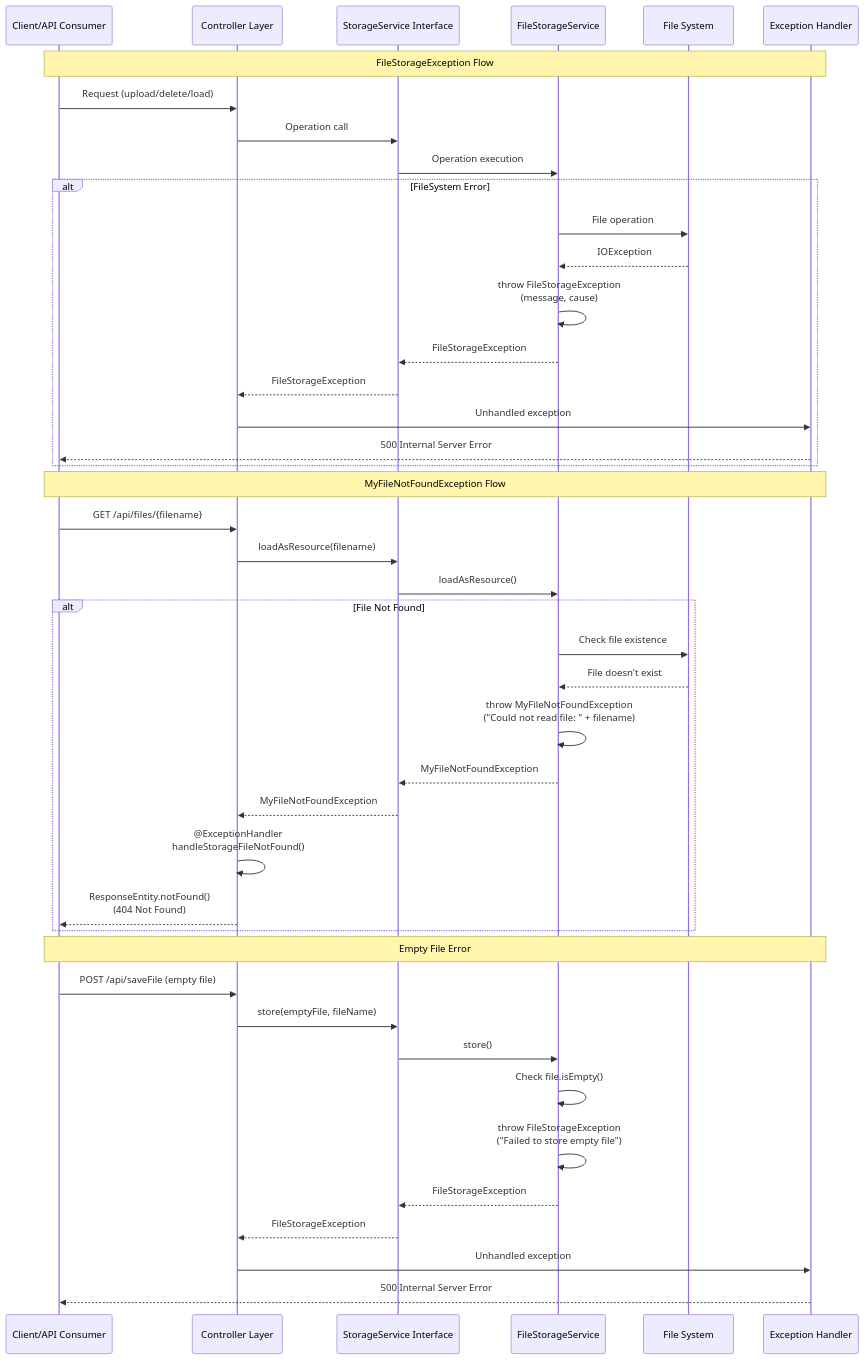
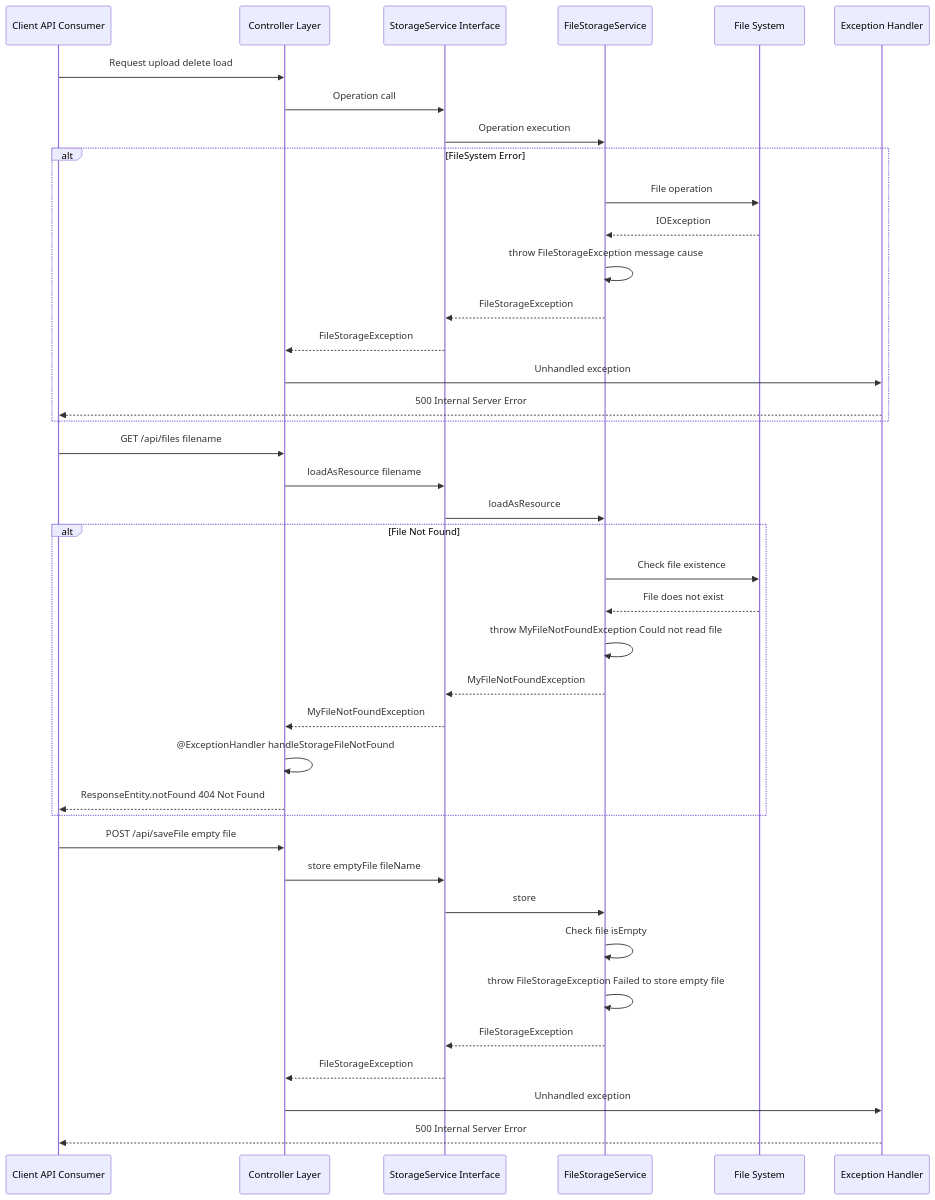
Before and after one commit to sarthak-kanungo/MyProjectITLDIS: the seventh of 7 diagrams in KUBOTA/KUBOTA-BACKENED/STORAGE_MODULE_SEQUENCE_DIAGRAMS.md, drawn with Mermaid. The commit also changed other lines of this file and 41 other files, not shown here.

First line of the commit message:
Refactor sequence diagrams and improve Mermaid syntax handling

````diff
--- a/KUBOTA/KUBOTA-BACKENED/STORAGE_MODULE_SEQUENCE_DIAGRAMS.md
+++ b/KUBOTA/KUBOTA-BACKENED/STORAGE_MODULE_SEQUENCE_DIAGRAMS.md
@@ -322,50 +318,47 @@
 ```mermaid
 sequenceDiagram
-    participant Client as Client/API Consumer
+    participant Client as Client API Consumer
     participant Controller as Controller Layer
     participant StorageService as StorageService Interface
     participant FileStorageService as FileStorageService
     participant FileSystem as File System
     participant ExceptionHandler as Exception Handler
 
-    Note over Client,ExceptionHandler: FileStorageException Flow
-    Client->>Controller: Request (upload/delete/load)
+    Client->>Controller: Request upload delete load
     Controller->>StorageService: Operation call
     StorageService->>FileStorageService: Operation execution
     
     alt FileSystem Error
         FileStorageService->>FileSystem: File operation
         FileSystem-->>FileStorageService: IOException
-        FileStorageService->>FileStorageService: throw FileStorageException<br/>(message, cause)
+        FileStorageService->>FileStorageService: throw FileStorageException message cause
         FileStorageService-->>StorageService: FileStorageException
         StorageService-->>Controller: FileStorageException
         Controller->>ExceptionHandler: Unhandled exception
         ExceptionHandler-->>Client: 500 Internal Server Error
     end
     
-    Note over Client,ExceptionHandler: MyFileNotFoundException Flow
-    Client->>Controller: GET /api/files/{filename}
-    Controller->>StorageService: loadAsResource(filename)
-    StorageService->>FileStorageService: loadAsResource()
+    Client->>Controller: GET /api/files filename
+    Controller->>StorageService: loadAsResource filename
+    StorageService->>FileStorageService: loadAsResource
     
     alt File Not Found
         FileStorageService->>FileSystem: Check file existence
-        FileSystem-->>FileStorageService: File doesn't exist
-        FileStorageService->>FileStorageService: throw MyFileNotFoundException<br/>("Could not read file: " + filename)
+        FileSystem-->>FileStorageService: File does not exist
+        FileStorageService->>FileStorageService: throw MyFileNotFoundException Could not read file
         FileStorageService-->>StorageService: MyFileNotFoundException
         StorageService-->>Controller: MyFileNotFoundException
-        Controller->>Controller: @ExceptionHandler<br/>handleStorageFileNotFound()
-        Controller-->>Client: ResponseEntity.notFound()<br/>(404 Not Found)
+        Controller->>Controller: @ExceptionHandler handleStorageFileNotFound
+        Controller-->>Client: ResponseEntity.notFound 404 Not Found
     end
     
-    Note over Client,ExceptionHandler: Empty File Error
-    Client->>Controller: POST /api/saveFile (empty file)
-    Controller->>StorageService: store(emptyFile, fileName)
-    StorageService->>FileStorageService: store()
-    FileStorageService->>FileStorageService: Check file.isEmpty()
-    FileStorageService->>FileStorageService: throw FileStorageException<br/>("Failed to store empty file")
+    Client->>Controller: POST /api/saveFile empty file
+    Controller->>StorageService: store emptyFile fileName
+    StorageService->>FileStorageService: store
+    FileStorageService->>FileStorageService: Check file isEmpty
+    FileStorageService->>FileStorageService: throw FileStorageException Failed to store empty file
     FileStorageService-->>StorageService: FileStorageException
     StorageService-->>Controller: FileStorageException
     Controller->>ExceptionHandler: Unhandled exception
     ExceptionHandler-->>Client: 500 Internal Server Error
 ```
````
